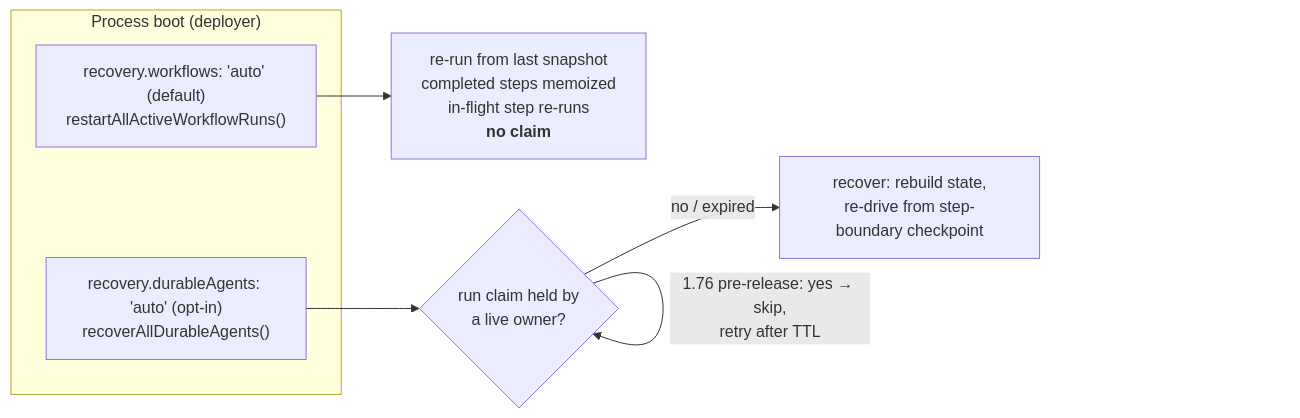
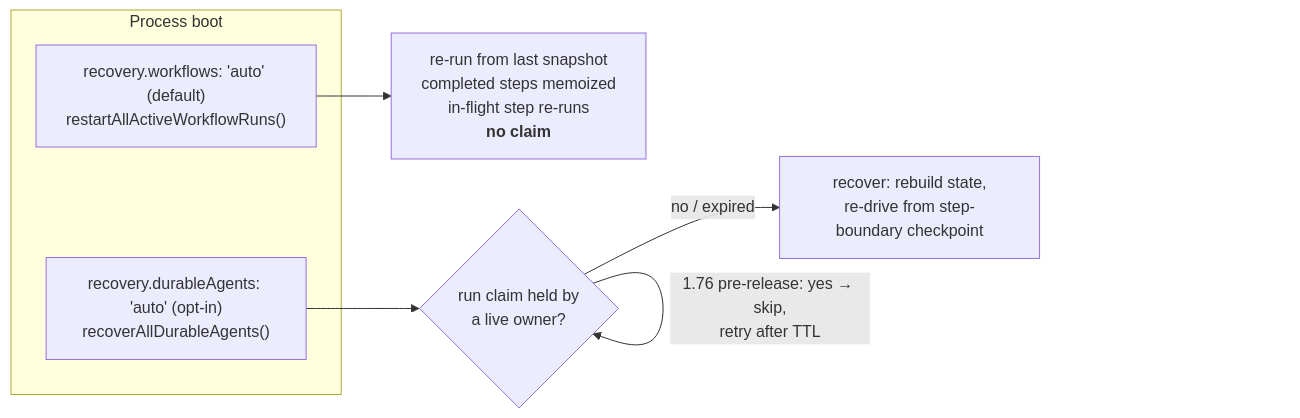
The diagram in docs/m07/index.md (rphansen91/mastra-primitives-course), drawn with Mermaid before and after one commit. The commit also changed other lines of this file and 45 other files, not shown here.

````diff
--- a/docs/m07/index.md
+++ b/docs/m07/index.md
@@ -32,11 +133,11 @@
 ```mermaid
 flowchart LR
-  subgraph boot["Process boot (deployer)"]
+  subgraph boot["Process boot"]
     W["recovery.workflows: 'auto' (default)<br/>restartAllActiveWorkflowRuns()"]
     D["recovery.durableAgents: 'auto' (opt-in)<br/>recoverAllDurableAgents()"]
   end
   W --> WS["re-run from last snapshot<br/>completed steps memoized<br/>in-flight step re-runs<br/><b>no claim</b>"]
   D --> C{"run claim held by<br/>a live owner?"}
   C -- "1.76 pre-release: yes → skip,<br/>retry after TTL" --> C
   C -- "no / expired" --> R["recover: rebuild state,<br/>re-drive from step-boundary checkpoint"]
 ```
````
